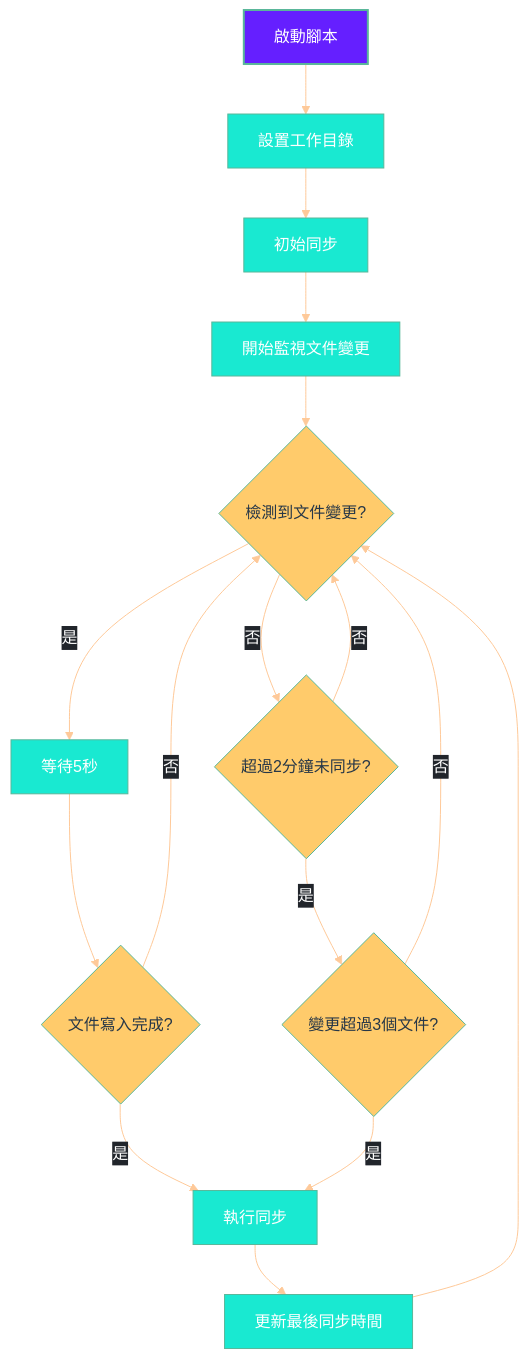
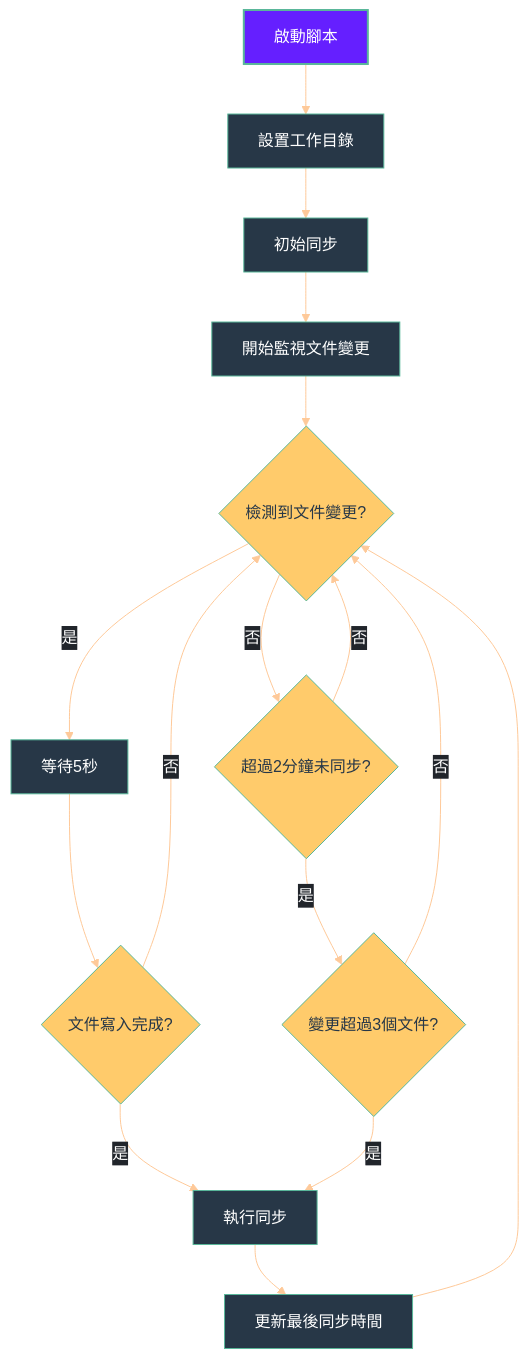
One commit to GengGeng026/Sync-Logseq changed the second of 2 diagrams in Logseq同步方案演進記錄.md. Above: the diagram before and after it, drawn with Mermaid.

Commit message:
Auto-sync: Wed Mar 26 10:17:31 +08 2025

````diff
--- a/Logseq同步方案演進記錄.md
+++ b/Logseq同步方案演進記錄.md
@@ -375,52 +375,52 @@
 ```mermaid
 %%{init: {
   'theme': 'base', 
   'themeVariables': {
     'primaryColor': '#19E9D9',
     'primaryTextColor': '#FFFFFF',
     'primaryBorderColor': '#59B79A',
     'lineColor': '#FEC999',
     'secondaryColor': '#FFCB6B',
     'tertiaryColor': '#F07178',
     'background': 'transparent',
     'textColor': '#EEFFFF',
     'mainBkg': '#273747',
     'nodeBorder': '#59B79A',
     'clusterBkg': 'transparent',
     'edgeLabelBackground': '#21252B'
   },
   'flowchart': {
     'curve': 'basis',
     'nodeSpacing': 50,
     'rankSpacing': 50,
     'padding': 15
   }
 }}%%
 flowchart TD
     %% 節點樣式優化
     classDef start fill:#651FFF,stroke:#59B79A,color:#FFFFFF,stroke-width:2px;
-    classDef process fill:#19E9D1,stroke:#59B79A,color:#FFFFFF,stroke-width:1px;
+    classDef process fill:#19E9D,stroke:#59B79A,color:#FFFFFF,stroke-width:1px;
     classDef condition fill:#FFCB6B,stroke:#59B79A,color:#273747,stroke-width:1px,shape:diamond;
     classDef action fill:#F07178,stroke:#59B79A,color:#FFFFFF,stroke-width:1px;
     
     A[啟動腳本] --> B[設置工作目錄]
     B --> C[初始同步]
     C --> D[開始監視文件變更]
     D --> E{檢測到文件變更?}
     E -->|是| F[等待5秒]
     F --> G{文件寫入完成?}
     G -->|是| H[執行同步]
     G -->|否| E
     E -->|否| I{超過2分鐘未同步?}
     I -->|是| J{變更超過3個文件?}
     J -->|是| H
     J -->|否| E
     I -->|否| E
     H --> K[更新最後同步時間]
     K --> E
     
     %% 應用樣式
     class A start;
     class B,C,D,F,H,K process;
     class E,G,I,J condition;
 ```
````
